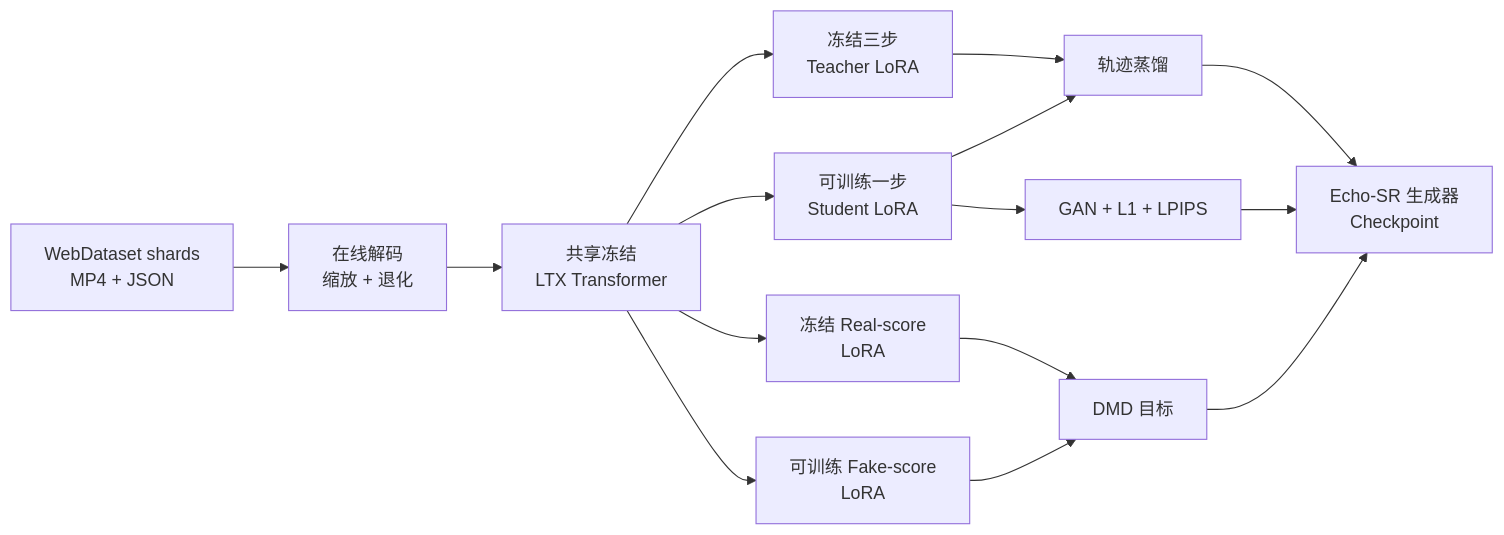
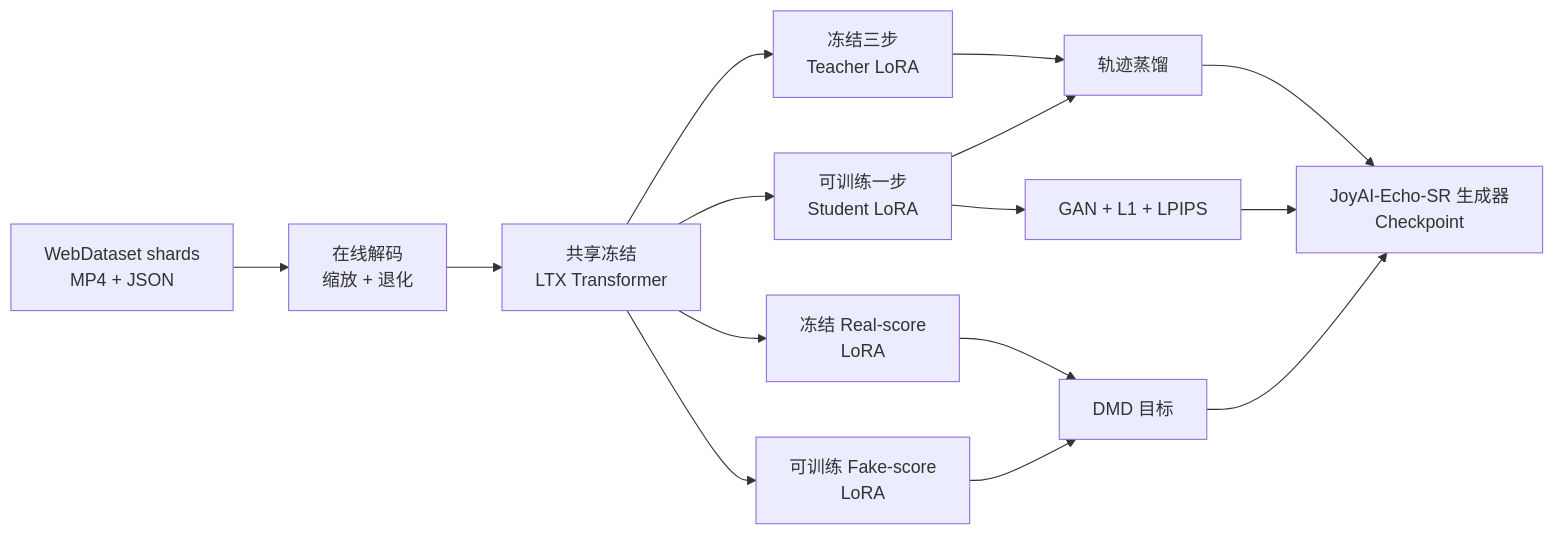
Before and after one commit to xin1u/JoyAI-Echo-SR: the diagram in README_zh.md, drawn with Mermaid. The commit also changed other lines of this file and 6 other files, not shown here.

````diff
--- a/README_zh.md
+++ b/README_zh.md
@@ -86,17 +87,17 @@
 ```mermaid
 flowchart LR
     A["WebDataset shards<br/>MP4 + JSON"] --> B["在线解码<br/>缩放 + 退化"]
     B --> C["共享冻结<br/>LTX Transformer"]
     C --> T["冻结三步<br/>Teacher LoRA"]
     C --> S["可训练一步<br/>Student LoRA"]
     C --> R["冻结 Real-score<br/>LoRA"]
     C --> F["可训练 Fake-score<br/>LoRA"]
     T --> TD["轨迹蒸馏"]
     S --> TD
     R --> DM["DMD 目标"]
     F --> DM
     S --> PX["GAN + L1 + LPIPS"]
-    TD --> O["Echo-SR 生成器<br/>Checkpoint"]
+    TD --> O["JoyAI-Echo-SR 生成器<br/>Checkpoint"]
     DM --> O
     PX --> O
 ```
````
